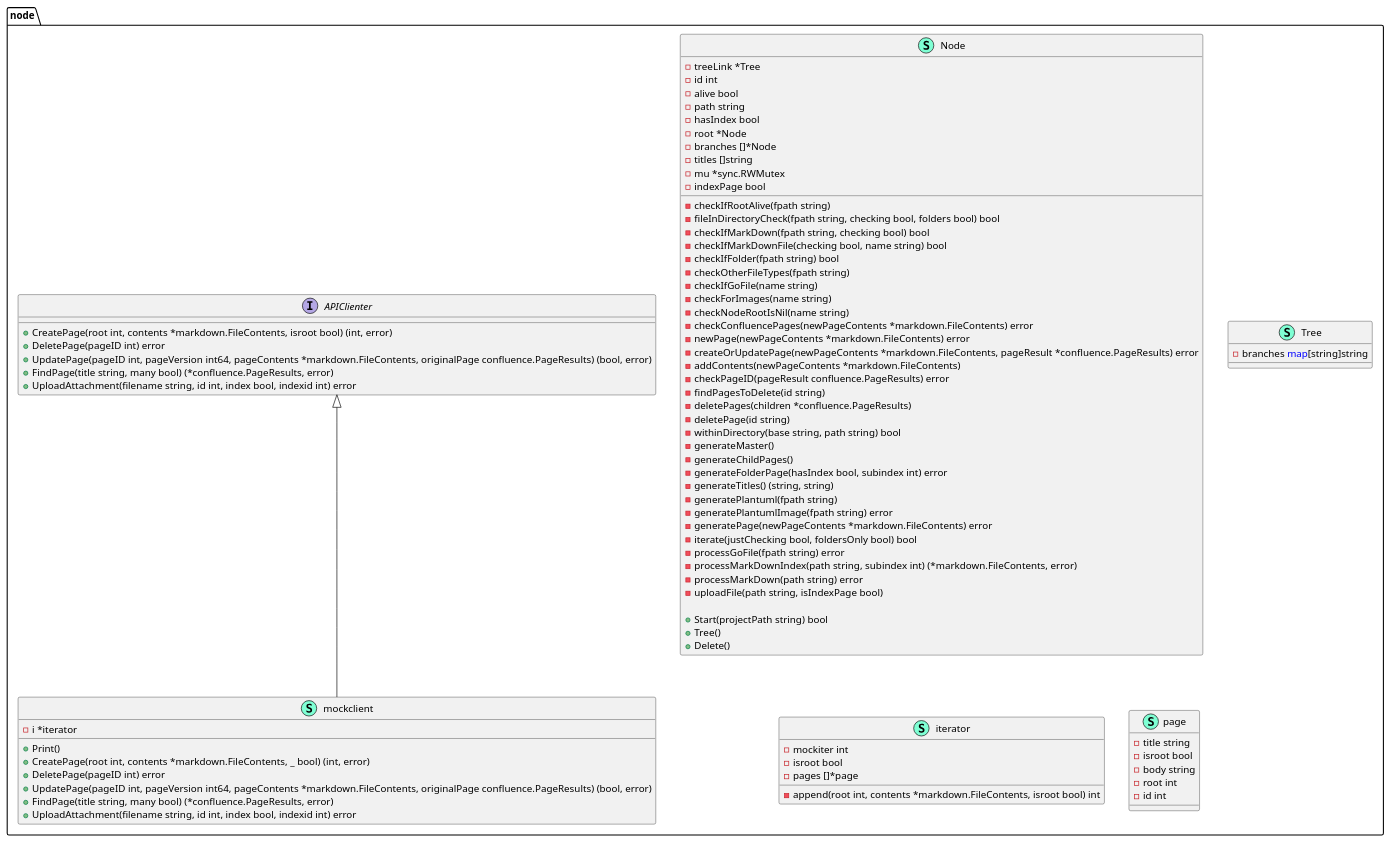
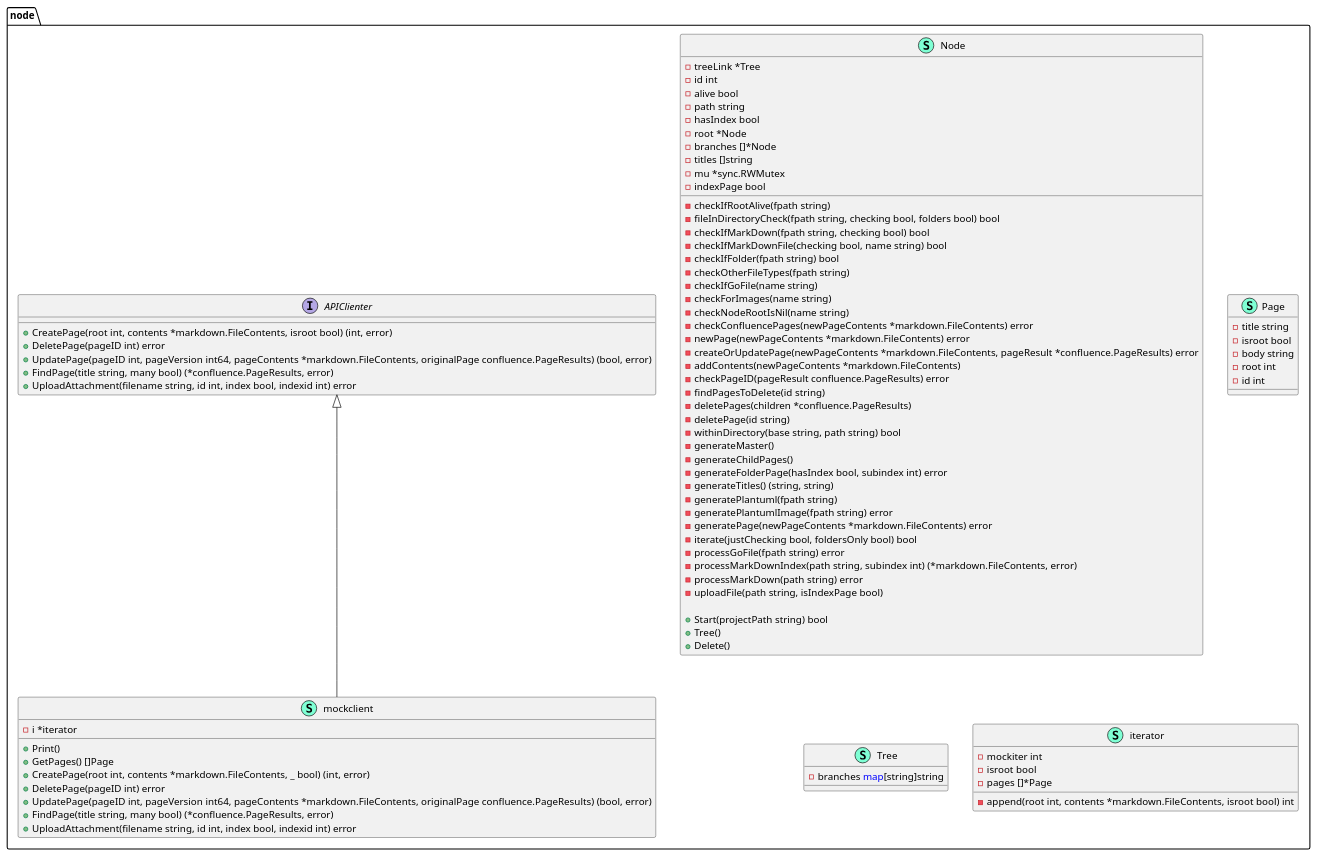
One commit to xiatechs/markdown-to-confluence changed the diagram in node/node-pumldiagram.puml. Above: the diagram before and after it, drawn with PlantUML. The commit also changed 3 other files, not shown here.

```diff
--- a/node/node-pumldiagram.puml
+++ b/node/node-pumldiagram.puml
@@ -1,94 +1,95 @@
 @startuml
 namespace node {
     interface APIClienter  {
         + CreatePage(root int, contents *markdown.FileContents, isroot bool) (int, error)
         + DeletePage(pageID int) error
         + UpdatePage(pageID int, pageVersion int64, pageContents *markdown.FileContents, originalPage confluence.PageResults) (bool, error)
         + FindPage(title string, many bool) (*confluence.PageResults, error)
         + UploadAttachment(filename string, id int, index bool, indexid int) error
 
     }
     class Node << (S,Aquamarine) >> {
         - treeLink *Tree
         - id int
         - alive bool
         - path string
         - hasIndex bool
         - root *Node
         - branches []*Node
         - titles []string
         - mu *sync.RWMutex
         - indexPage bool
 
         - checkIfRootAlive(fpath string) 
         - fileInDirectoryCheck(fpath string, checking bool, folders bool) bool
         - checkIfMarkDown(fpath string, checking bool) bool
         - checkIfMarkDownFile(checking bool, name string) bool
         - checkIfFolder(fpath string) bool
         - checkOtherFileTypes(fpath string) 
         - checkIfGoFile(name string) 
         - checkForImages(name string) 
         - checkNodeRootIsNil(name string) 
         - checkConfluencePages(newPageContents *markdown.FileContents) error
         - newPage(newPageContents *markdown.FileContents) error
         - createOrUpdatePage(newPageContents *markdown.FileContents, pageResult *confluence.PageResults) error
         - addContents(newPageContents *markdown.FileContents) 
         - checkPageID(pageResult confluence.PageResults) error
         - findPagesToDelete(id string) 
         - deletePages(children *confluence.PageResults) 
         - deletePage(id string) 
         - withinDirectory(base string, path string) bool
         - generateMaster() 
         - generateChildPages() 
         - generateFolderPage(hasIndex bool, subindex int) error
         - generateTitles() (string, string)
         - generatePlantuml(fpath string) 
         - generatePlantumlImage(fpath string) error
         - generatePage(newPageContents *markdown.FileContents) error
         - iterate(justChecking bool, foldersOnly bool) bool
         - processGoFile(fpath string) error
         - processMarkDownIndex(path string, subindex int) (*markdown.FileContents, error)
         - processMarkDown(path string) error
         - uploadFile(path string, isIndexPage bool) 
 
         + Start(projectPath string) bool
         + Tree() 
         + Delete() 
 
     }
+    class Page << (S,Aquamarine) >> {
+        - title string
+        - isroot bool
+        - body string
+        - root int
+        - id int
+
+    }
     class Tree << (S,Aquamarine) >> {
         - branches <font color=blue>map</font>[string]string
 
     }
     class iterator << (S,Aquamarine) >> {
         - mockiter int
         - isroot bool
-        - pages []*page
+        - pages []*Page
 
         - append(root int, contents *markdown.FileContents, isroot bool) int
 
     }
     class mockclient << (S,Aquamarine) >> {
         - i *iterator
 
         + Print() 
+        + GetPages() []Page
         + CreatePage(root int, contents *markdown.FileContents, _ bool) (int, error)
         + DeletePage(pageID int) error
         + UpdatePage(pageID int, pageVersion int64, pageContents *markdown.FileContents, originalPage confluence.PageResults) (bool, error)
         + FindPage(title string, many bool) (*confluence.PageResults, error)
         + UploadAttachment(filename string, id int, index bool, indexid int) error
 
     }
-    class page << (S,Aquamarine) >> {
-        - title string
-        - isroot bool
-        - body string
-        - root int
-        - id int
-
-    }
 }
 
 "node.APIClienter" <|-- "node.mockclient"
 
 @enduml
```
